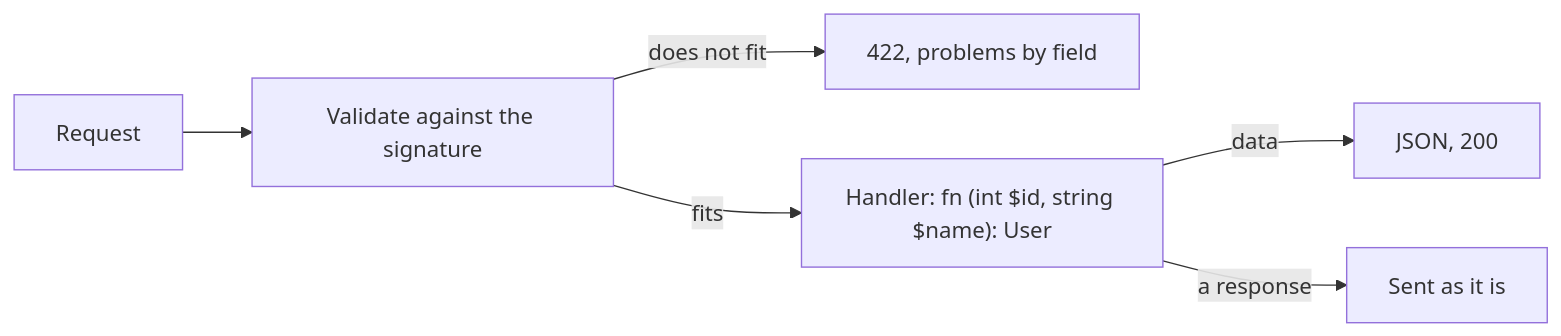
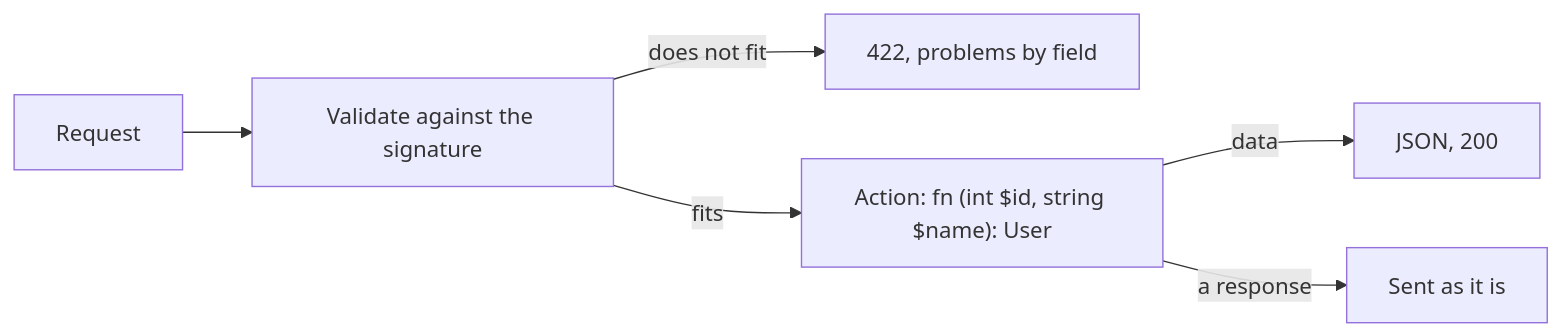
The second of 4 diagrams in ARCHITECTURE.md (crabphp/framework), drawn with Mermaid before and after one commit. The commit also changed other lines of this file and 92 other files, not shown here.

```diff
--- a/ARCHITECTURE.md
+++ b/ARCHITECTURE.md
@@ -99,8 +105,8 @@
 ~~~mermaid
 flowchart LR
     REQ[Request] --> VAL[Validate against the signature]
     VAL -->|does not fit| E422[422, problems by field]
-    VAL -->|fits| H["Handler: fn (int $id, string $name): User"]
+    VAL -->|fits| H["Action: fn (int $id, string $name): User"]
     H -->|data| JSON[JSON, 200]
     H -->|a response| ASIS[Sent as it is]
 ~~~
```
